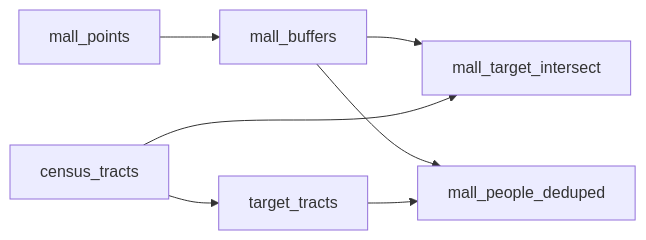
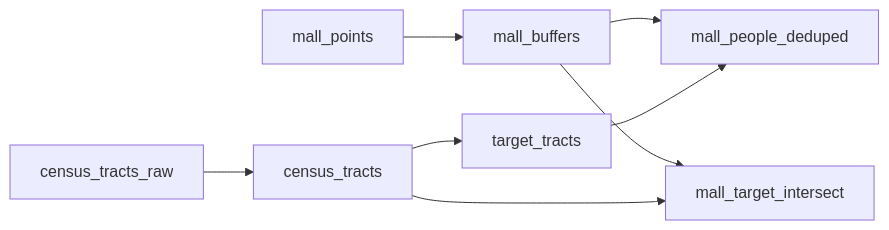
The diagram in projects/lab4/README.md (kielni/alidade), drawn with Mermaid before and after one commit. The commit also changed other lines of this file and 11 other files, not shown here.

````diff
--- a/projects/lab4/README.md
+++ b/projects/lab4/README.md
@@ -47,9 +59,10 @@
 ```mermaid
 flowchart LR
+    census_tracts_raw --> census_tracts
     mall_points --> mall_buffers
     census_tracts --> target_tracts
     mall_buffers --> mall_target_intersect
     census_tracts --> mall_target_intersect
     mall_buffers --> mall_people_deduped
     target_tracts --> mall_people_deduped
 ```
````
